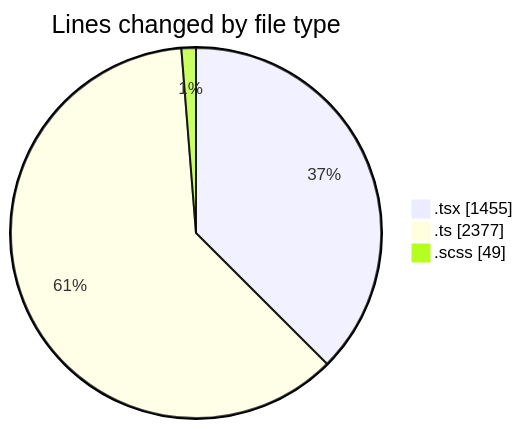
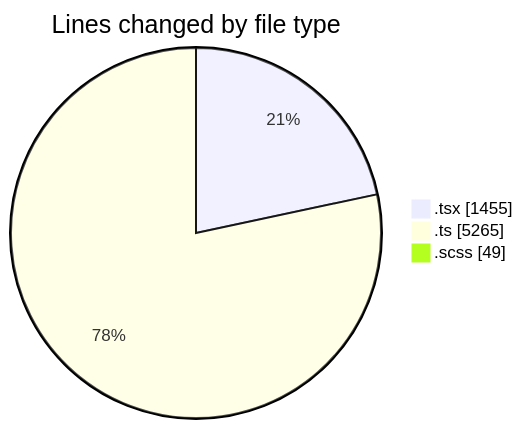
Before and after one commit to momahboobian/code-tracking: the first of 2 diagrams in 2026-10-14/cda/README.md, drawn with Mermaid. The commit also changed other lines of this file and 1 other file, not shown here.

````diff
--- a/2026-10-14/cda/README.md
+++ b/2026-10-14/cda/README.md
@@ -31,7 +32,7 @@
 ```mermaid
 pie showData
 title Lines changed by file type
 ".tsx" : 1455
-".ts" : 2377
+".ts" : 5265
 ".scss" : 49
 ```
````
